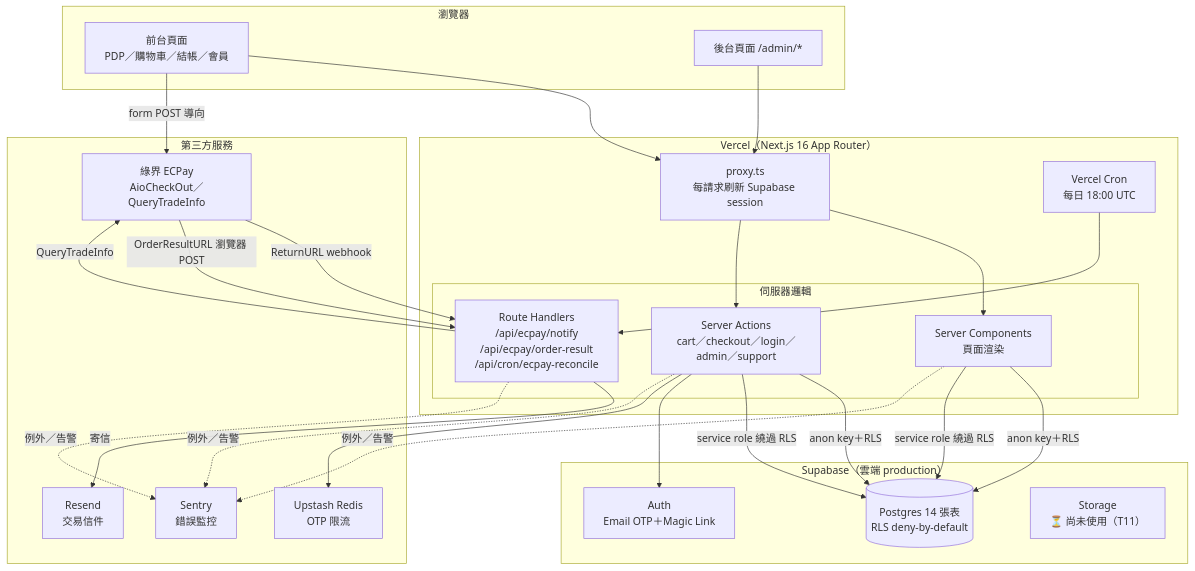
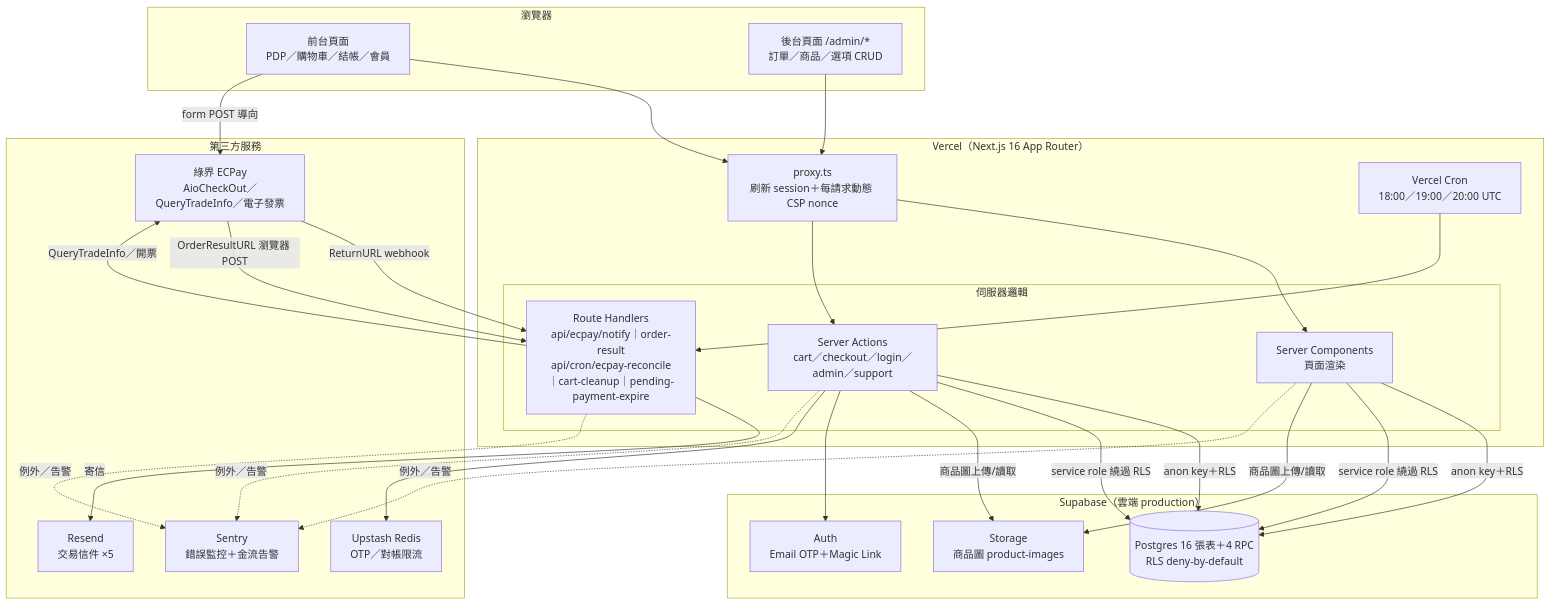
The first of 5 diagrams in docs/architecture.md (incantochen/incantochen), drawn with Mermaid before and after one commit. The commit also changed other lines of this file and 2 other files, not shown here.

First line of the commit message:
docs: architecture.md 全面刷新至 M2 現況＋儀表板 HTML

````diff
--- a/docs/architecture.md
+++ b/docs/architecture.md
@@ -14,43 +14,44 @@
 ```mermaid
 flowchart TB
     subgraph Client["瀏覽器"]
         B[前台頁面<br/>PDP／購物車／結帳／會員]
-        A[後台頁面 /admin/*]
+        A[後台頁面 /admin/*<br/>訂單／商品／選項 CRUD]
     end
 
     subgraph Vercel["Vercel（Next.js 16 App Router）"]
-        PX[proxy.ts<br/>每請求刷新 Supabase session]
+        PX[proxy.ts<br/>刷新 session＋每請求動態 CSP nonce]
         subgraph Server["伺服器邏輯"]
             SC[Server Components<br/>頁面渲染]
             SA[Server Actions<br/>cart／checkout／login／admin／support]
-            RH[Route Handlers<br/>/api/ecpay/notify<br/>/api/ecpay/order-result<br/>/api/cron/ecpay-reconcile]
+            RH[Route Handlers<br/>api/ecpay/notify｜order-result<br/>api/cron/ecpay-reconcile｜cart-cleanup｜pending-payment-expire]
         end
-        CRON[Vercel Cron<br/>每日 18:00 UTC]
+        CRON[Vercel Cron<br/>18:00／19:00／20:00 UTC]
     end
 
     subgraph Supabase["Supabase（雲端 production）"]
         AUTH[Auth<br/>Email OTP＋Magic Link]
-        DB[(Postgres 14 張表<br/>RLS deny-by-default)]
-        ST[Storage<br/>⏳ 尚未使用（T11）]
+        DB[(Postgres 16 張表＋4 RPC<br/>RLS deny-by-default)]
+        ST[Storage<br/>商品圖 product-images]
     end
 
     subgraph Third["第三方服務"]
-        EC[綠界 ECPay<br/>AioCheckOut／QueryTradeInfo]
-        RS[Resend<br/>交易信件]
-        UP[Upstash Redis<br/>OTP 限流]
-        SEN[Sentry<br/>錯誤監控]
+        EC[綠界 ECPay<br/>AioCheckOut／QueryTradeInfo／電子發票]
+        RS[Resend<br/>交易信件 ×5]
+        UP[Upstash Redis<br/>OTP／對帳限流]
+        SEN[Sentry<br/>錯誤監控＋金流告警]
     end
 
     B --> PX --> SC & SA
     A --> PX
     SC & SA -->|anon key＋RLS| DB
     SC & SA -->|service role 繞過 RLS| DB
+    SC & SA -->|商品圖上傳/讀取| ST
     SA --> AUTH
     SA --> UP
     B -->|form POST 導向| EC
     EC -->|ReturnURL webhook| RH
     EC -->|OrderResultURL 瀏覽器 POST| RH
-    CRON --> RH -->|QueryTradeInfo| EC
+    CRON --> RH -->|QueryTradeInfo／開票| EC
     RH -->|寄信| RS
     SA & RH & SC -.->|例外／告警| SEN
 ```
````
